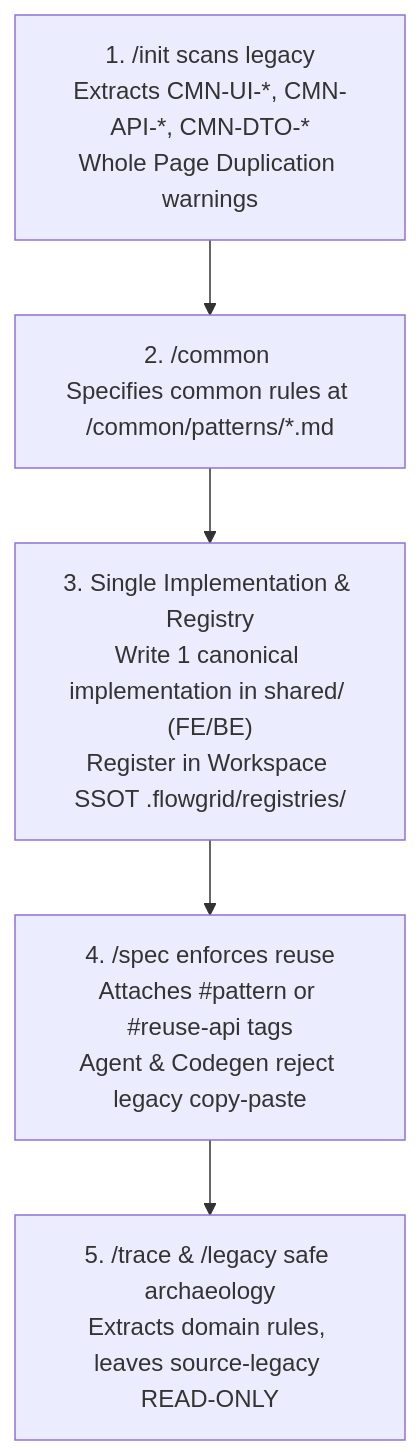
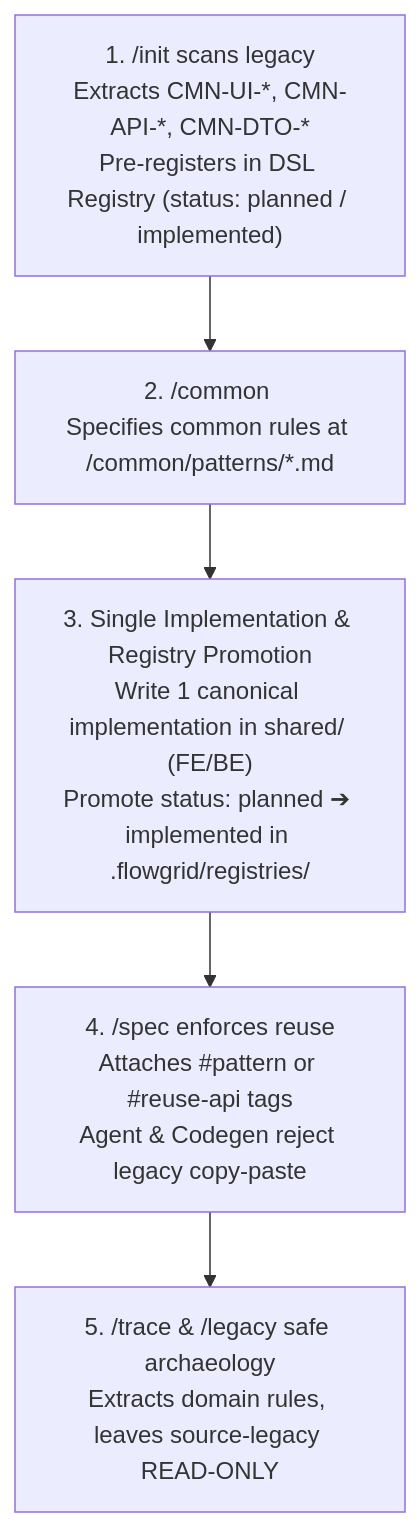
The second of 3 diagrams in workflows/phase-0-setup.md (ShanYuCoder/flowgrid-docs), drawn with Mermaid before and after one commit. The commit also changed other lines of this file and 11 other files, not shown here.

````diff
--- a/workflows/phase-0-setup.md
+++ b/workflows/phase-0-setup.md
@@ -116,7 +116,7 @@
 ```mermaid
 flowchart TD
-  INIT["1. /init scans legacy<br/>Extracts CMN-UI-*, CMN-API-*, CMN-DTO-*<br/>Whole Page Duplication warnings"] --> COMMON["2. /common <CMN-ID><br/>Specifies common rules at <LCA>/common/patterns/*.md"]
-  COMMON --> IMPL["3. Single Implementation & Registry<br/>Write 1 canonical implementation in shared/ (FE/BE)<br/>Register in Workspace SSOT .flowgrid/registries/"]
+  INIT["1. /init scans legacy<br/>Extracts CMN-UI-*, CMN-API-*, CMN-DTO-*<br/>Pre-registers in DSL Registry (status: planned / implemented)"] --> COMMON["2. /common <CMN-ID><br/>Specifies common rules at <LCA>/common/patterns/*.md"]
+  COMMON --> IMPL["3. Single Implementation & Registry Promotion<br/>Write 1 canonical implementation in shared/ (FE/BE)<br/>Promote status: planned ➔ implemented in .flowgrid/registries/"]
   IMPL --> SPEC["4. /spec enforces reuse<br/>Attaches #pattern or #reuse-api tags<br/>Agent & Codegen reject legacy copy-paste"]
   SPEC --> SAFETRACE["5. /trace & /legacy safe archaeology<br/>Extracts domain rules, leaves source-legacy READ-ONLY"]
 ```
````
